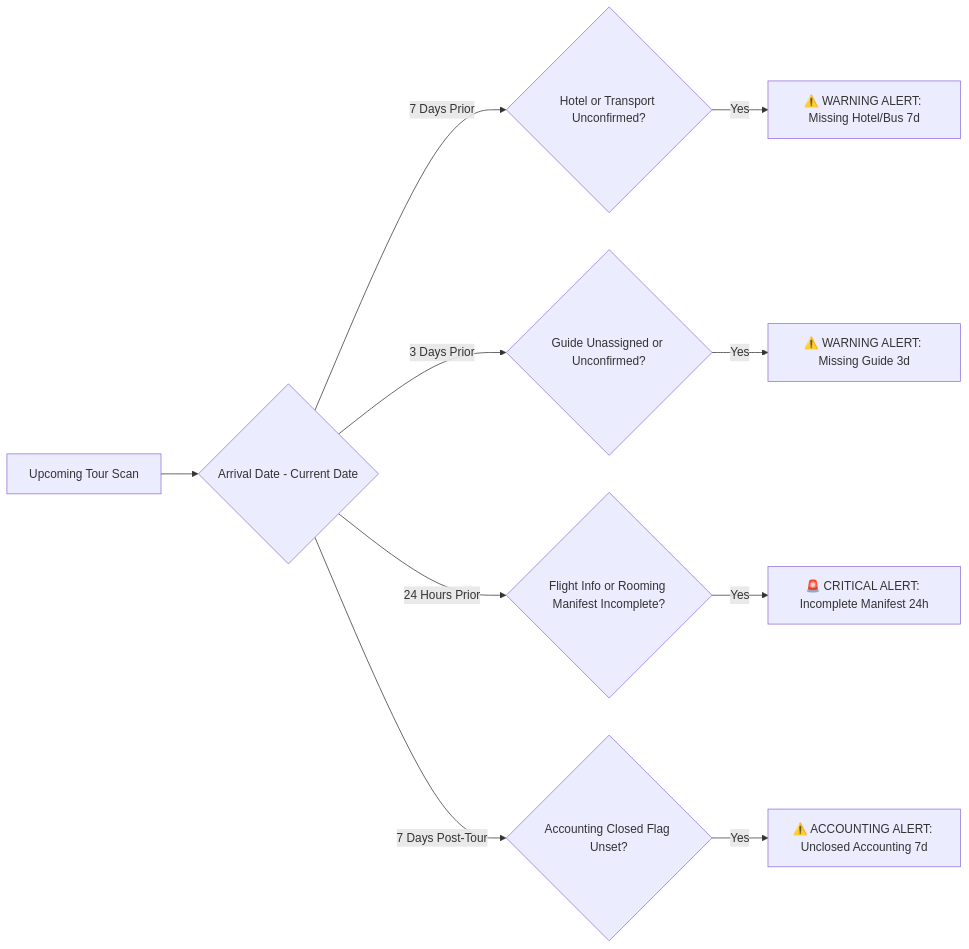
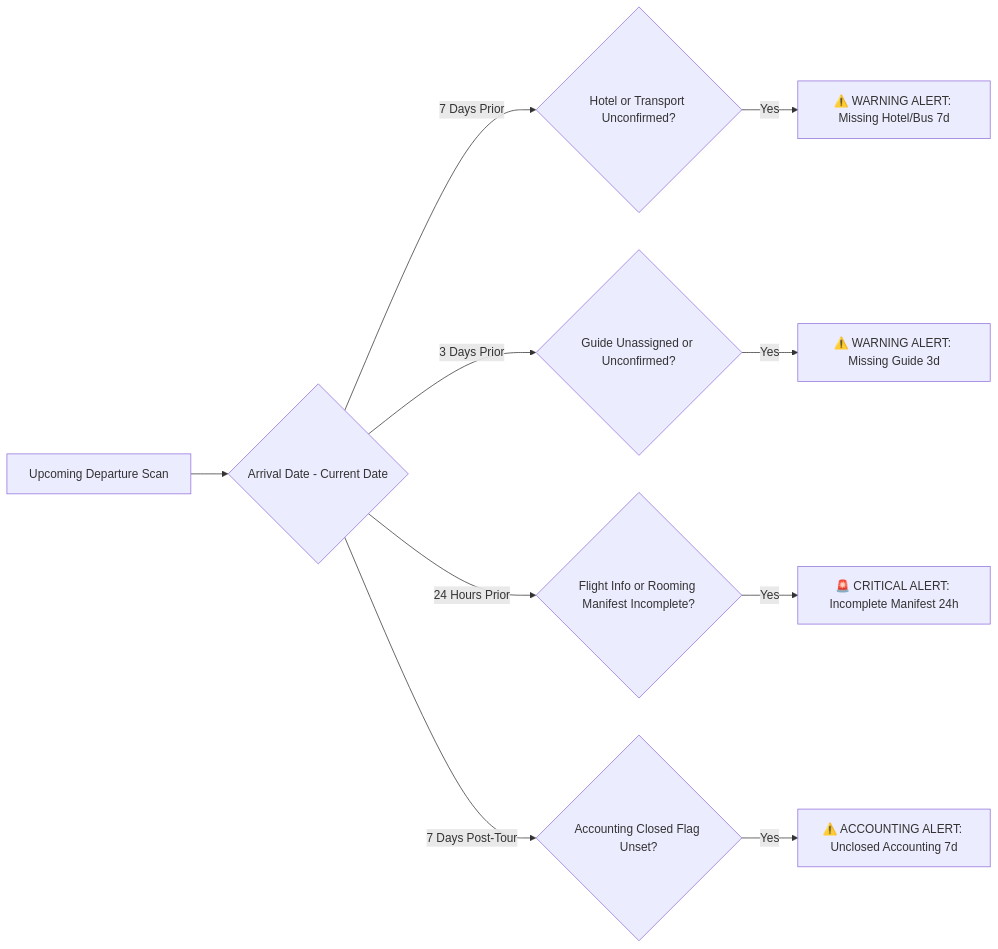
Before and after one commit to GErsenCelebi/UNO_ERP: the second of 2 diagrams in UserManuals/Uno_Tour_Status_Transition_Process_Flows.md, drawn with Mermaid. The commit also changed other lines of this file and 2 other files, not shown here.

````diff
--- a/UserManuals/Uno_Tour_Status_Transition_Process_Flows.md
+++ b/UserManuals/Uno_Tour_Status_Transition_Process_Flows.md
@@ -53,13 +100,13 @@
 ```mermaid
 flowchart LR
-    A[Upcoming Tour Scan] --> B{Arrival Date - Current Date}
+    A[Upcoming Departure Scan] --> B{Arrival Date - Current Date}
     B -->|7 Days Prior| C{Hotel or Transport Unconfirmed?}
     B -->|3 Days Prior| D{Guide Unassigned or Unconfirmed?}
     B -->|24 Hours Prior| E{Flight Info or Rooming Manifest Incomplete?}
     B -->|7 Days Post-Tour| F{Accounting Closed Flag Unset?}
 
     C -->|Yes| G[⚠️ WARNING ALERT: Missing Hotel/Bus 7d]
     D -->|Yes| H[⚠️ WARNING ALERT: Missing Guide 3d]
     E -->|Yes| I[🚨 CRITICAL ALERT: Incomplete Manifest 24h]
     F -->|Yes| J[⚠️ ACCOUNTING ALERT: Unclosed Accounting 7d]
 ```
````
